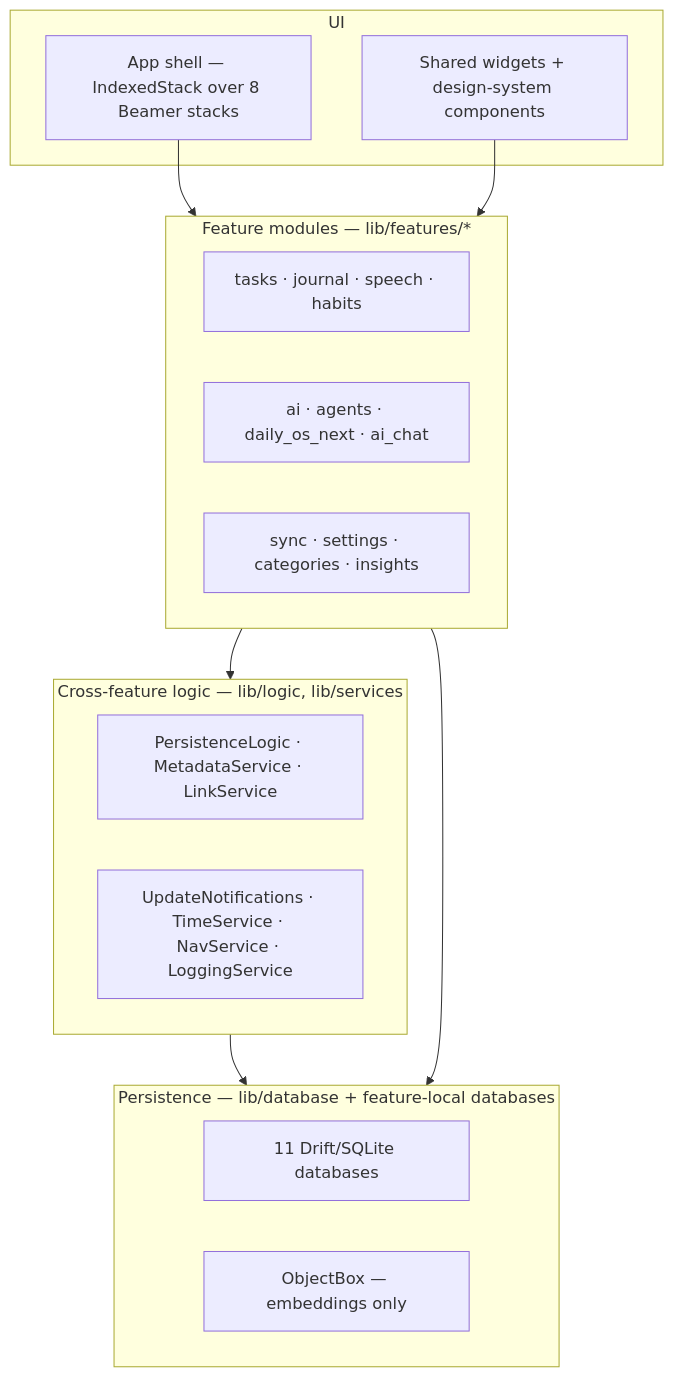
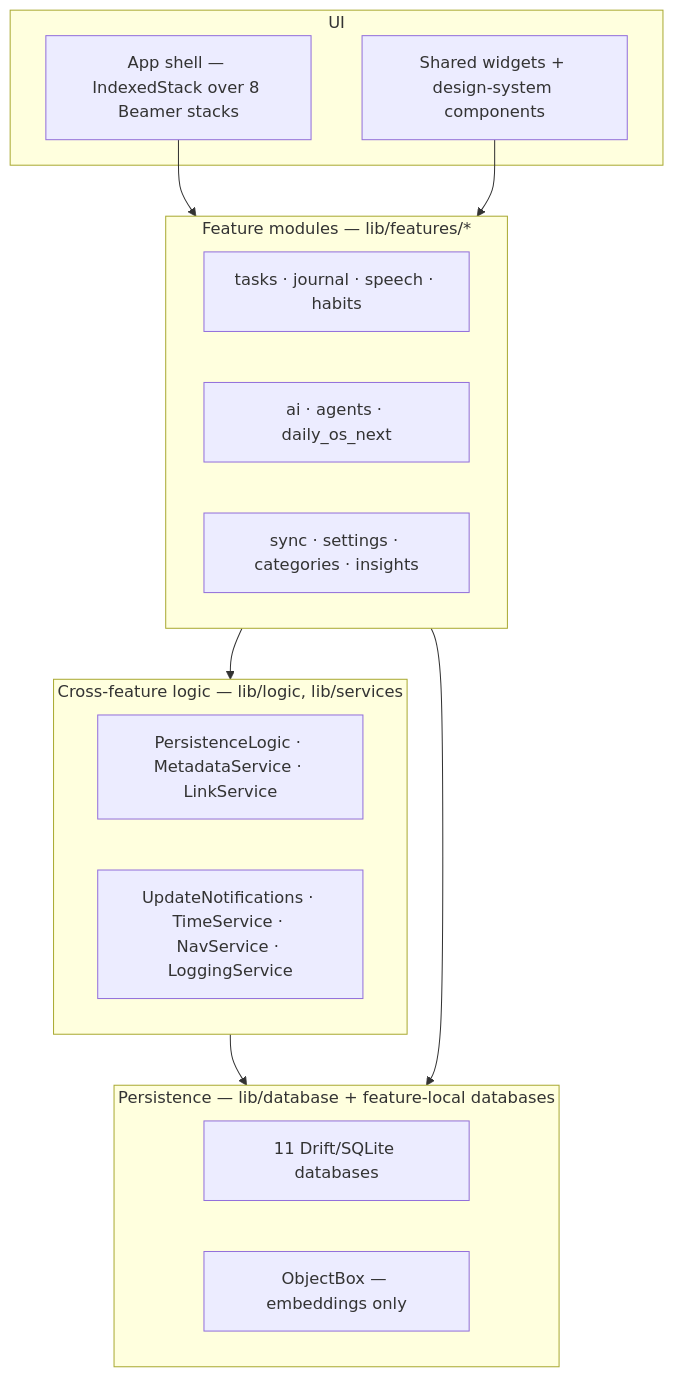
Before and after one commit to matthiasn/lotti: the diagram in knowledge/architecture/overview.md, drawn with Mermaid. The commit also changed 69 other files, not shown here.

````diff
--- a/knowledge/architecture/overview.md
+++ b/knowledge/architecture/overview.md
@@ -46,25 +46,25 @@
 ```mermaid
 flowchart TD
   subgraph UI["UI"]
     Shell["App shell — IndexedStack over 8 Beamer stacks"]
     Widgets["Shared widgets + design-system components"]
   end
   subgraph Features["Feature modules — lib/features/*"]
     F1["tasks · journal · speech · habits"]
-    F2["ai · agents · daily_os_next · ai_chat"]
+    F2["ai · agents · daily_os_next"]
     F3["sync · settings · categories · insights"]
   end
   subgraph Logic["Cross-feature logic — lib/logic, lib/services"]
     Persist["PersistenceLogic · MetadataService · LinkService"]
     Svc["UpdateNotifications · TimeService · NavService · LoggingService"]
   end
   subgraph Data["Persistence — lib/database + feature-local databases"]
     Dbs["11 Drift/SQLite databases"]
     OB["ObjectBox — embeddings only"]
   end
   Shell --> Features
   Widgets --> Features
   Features --> Logic
   Logic --> Data
   Features --> Data
 ```
````
